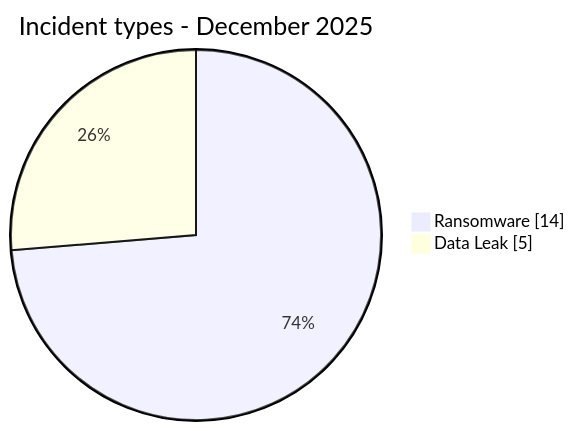
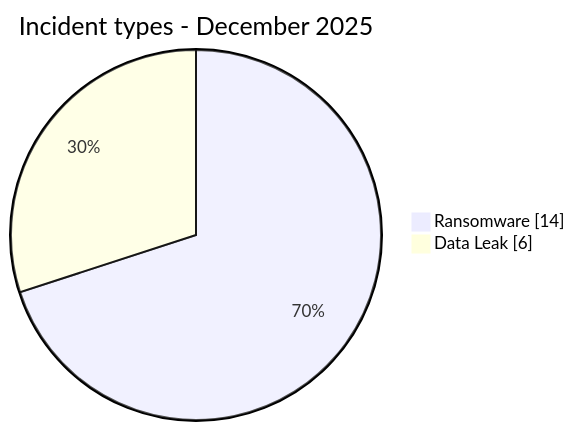
The first of 2 diagrams in CyberAttackAfrica/2025/12-december/README.md (Hatchepsoute/AFRINTEL), drawn with Mermaid before and after one commit. The commit also changed other lines of this file and 30 other files, not shown here.

````diff
--- a/CyberAttackAfrica/2025/12-december/README.md
+++ b/CyberAttackAfrica/2025/12-december/README.md
@@ -73,6 +73,6 @@
 ```mermaid
 pie showData
     title Incident types - December 2025
     "Ransomware" : 14
-    "Data Leak" : 5
+    "Data Leak" : 6
 ```
````
